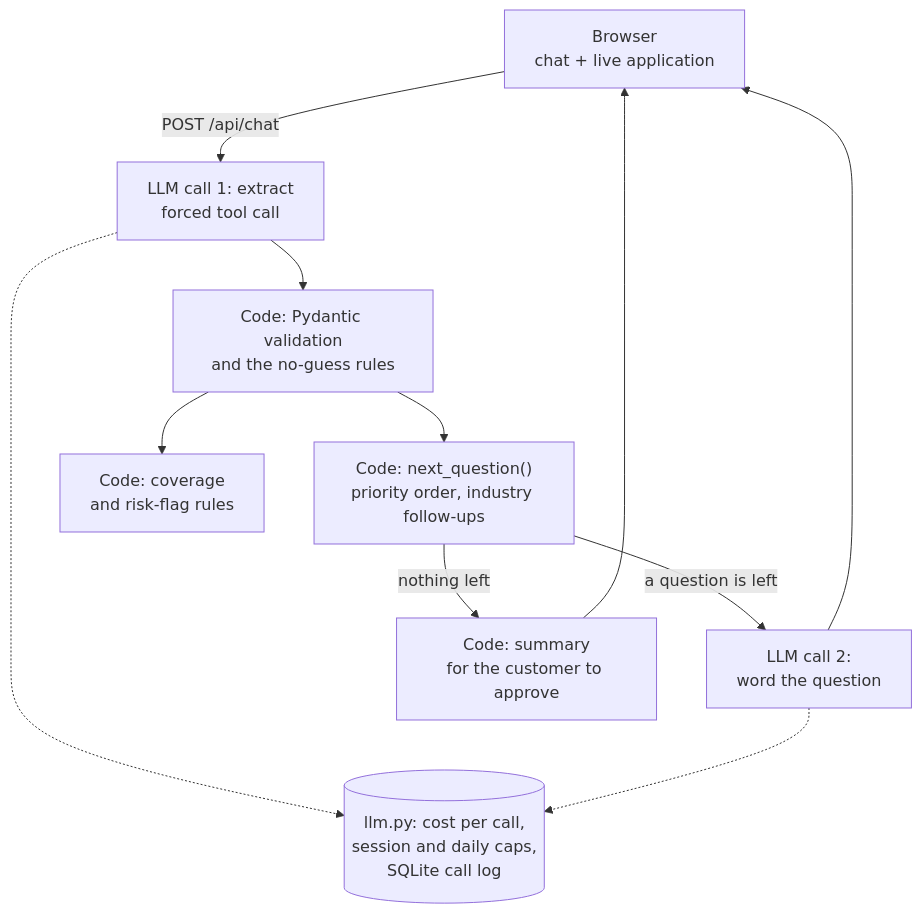
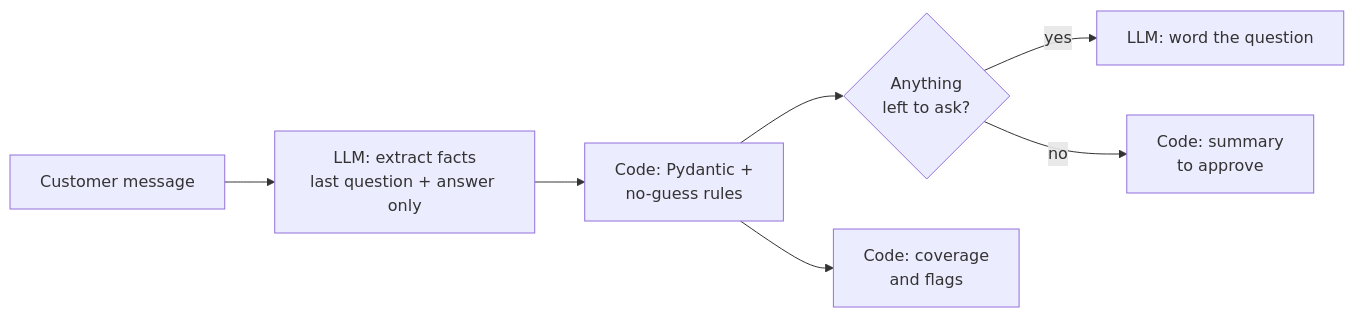
One commit to iyerbrah/QuoteRunner changed the second of 3 diagrams in README.md. Above: the diagram before and after it, drawn with Mermaid. The commit also changed other lines of this file and 4 other files, not shown here.

````diff
--- a/README.md
+++ b/README.md
@@ -48,12 +60,9 @@
 ```mermaid
-flowchart TD
-    B["Browser<br/>chat + live application"] -->|POST /api/chat| X["LLM call 1: extract<br/>forced tool call"]
-    X --> V["Code: Pydantic validation<br/>and the no-guess rules"]
-    V --> N["Code: next_question()<br/>priority order, industry follow-ups"]
-    N -->|a question is left| W["LLM call 2:<br/>word the question"]
-    N -->|nothing left| S["Code: summary<br/>for the customer to approve"]
-    V --> R["Code: coverage<br/>and risk-flag rules"]
-    W --> B
-    S --> B
-    X & W -.-> L[("llm.py: cost per call,<br/>session and daily caps,<br/>SQLite call log")]
+flowchart LR
+  M[Customer message] --> X[LLM: extract facts<br/>last question + answer only]
+  X --> V[Code: Pydantic +<br/>no-guess rules]
+  V --> N{Anything<br/>left to ask?}
+  N -->|yes| W[LLM: word the question]
+  N -->|no| S[Code: summary<br/>to approve]
+  V --> R[Code: coverage<br/>and flags]
 ```
````
